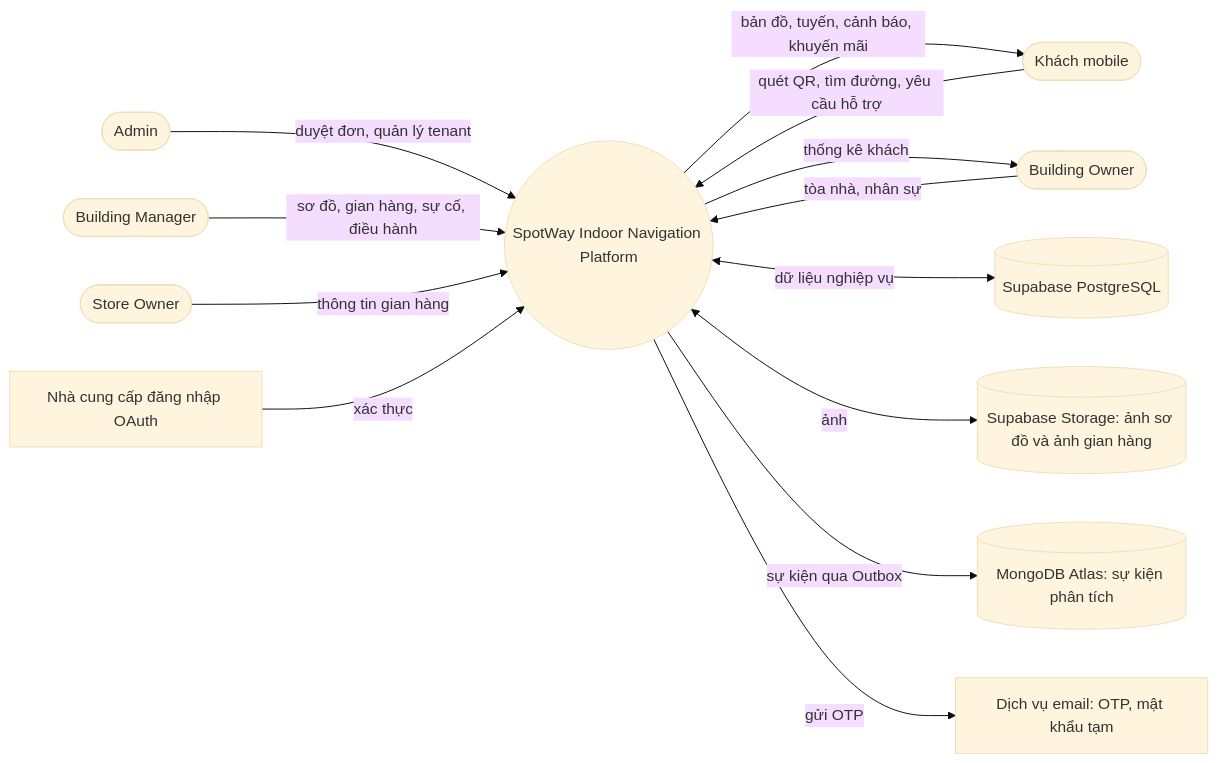
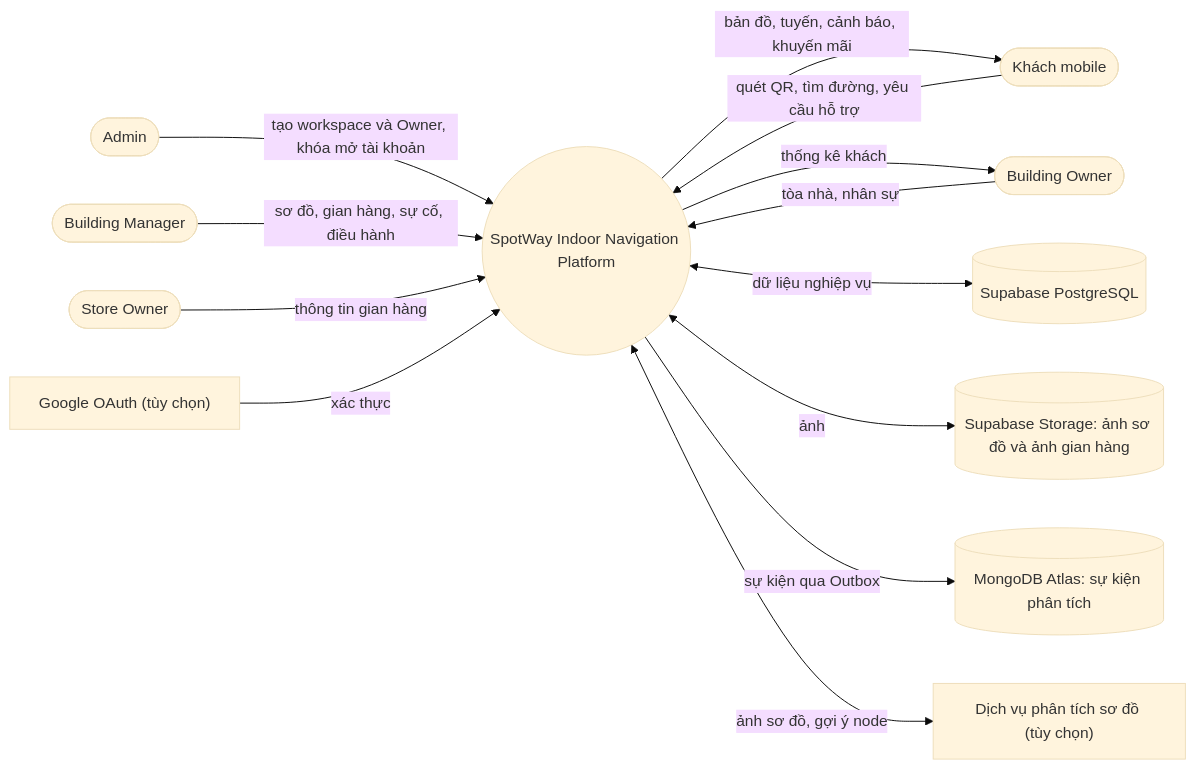
The third of 18 diagrams in docs/SpotWay-Diagrams.md (TrungHieu-09/SpotWay-FE), drawn with Mermaid (base theme) before and after one commit. The commit also changed other lines of this file and 3 other files, not shown here.

Commit message:
docs: sửa sơ đồ theo đúng code (không có đăng ký, đặt gói, OTP; thêm dịch vụ phân tích sơ đồ)

````diff
--- a/docs/SpotWay-Diagrams.md
+++ b/docs/SpotWay-Diagrams.md
@@ -116,26 +112,26 @@
 ```mermaid
 flowchart LR
   AD(["Admin"])
   OW(["Building Owner"])
   MG(["Building Manager"])
   SO(["Store Owner"])
   GU(["Khách mobile"])
   SYS(("SpotWay Indoor Navigation Platform"))
   PG[("Supabase PostgreSQL")]
   ST[("Supabase Storage: ảnh sơ đồ và ảnh gian hàng")]
   MG2[("MongoDB Atlas: sự kiện phân tích")]
-  EM["Dịch vụ email: OTP, mật khẩu tạm"]
-  OA["Nhà cung cấp đăng nhập OAuth"]
-  AD -->|"duyệt đơn, quản lý tenant"| SYS
+  OA["Google OAuth (tùy chọn)"]
+  FP["Dịch vụ phân tích sơ đồ (tùy chọn)"]
+  AD -->|"tạo workspace và Owner, khóa mở tài khoản"| SYS
   OW -->|"tòa nhà, nhân sự"| SYS
   MG -->|"sơ đồ, gian hàng, sự cố, điều hành"| SYS
   SO -->|"thông tin gian hàng"| SYS
   GU -->|"quét QR, tìm đường, yêu cầu hỗ trợ"| SYS
   SYS -->|"bản đồ, tuyến, cảnh báo, khuyến mãi"| GU
   SYS -->|"thống kê khách"| OW
   SYS <-->|"dữ liệu nghiệp vụ"| PG
   SYS <-->|"ảnh"| ST
   SYS -->|"sự kiện qua Outbox"| MG2
-  SYS -->|"gửi OTP"| EM
   OA -->|"xác thực"| SYS
+  SYS <-->|"ảnh sơ đồ, gợi ý node"| FP
 ```
````
